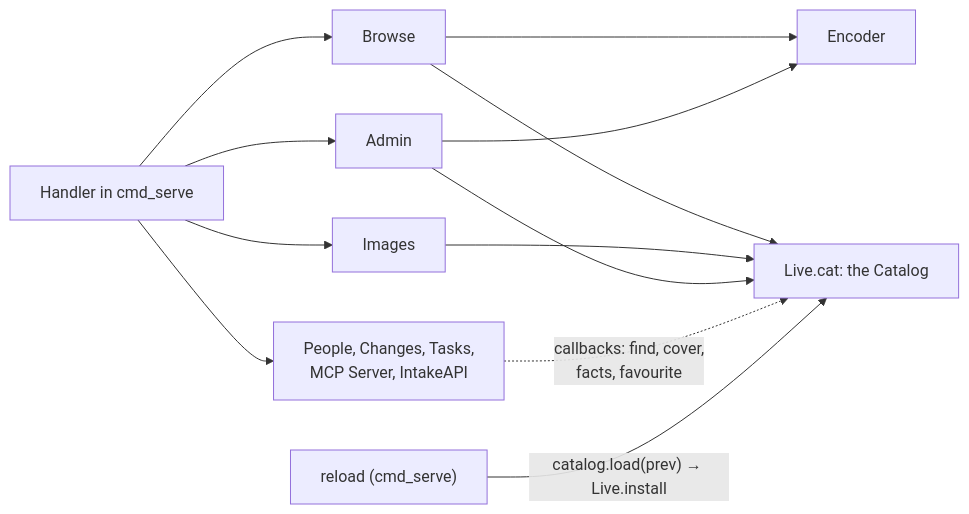
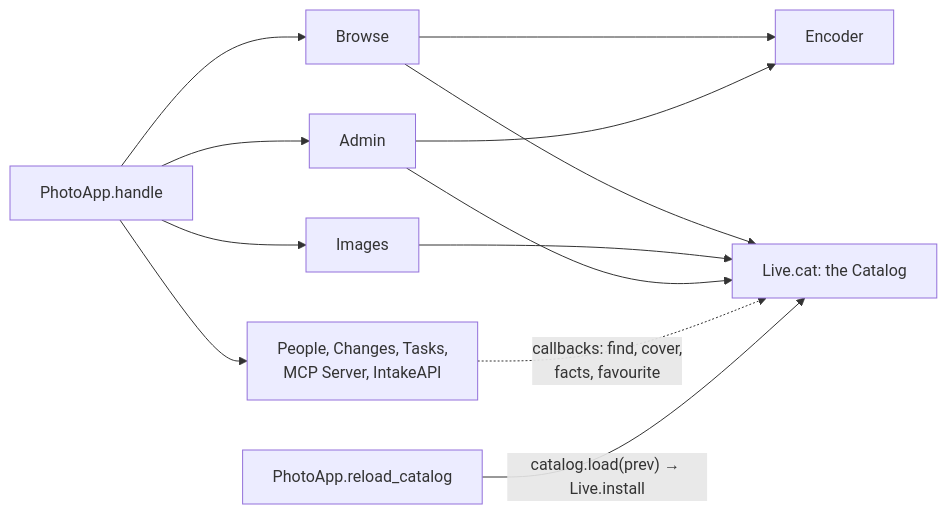
The first of 6 diagrams in docs/book/11-server.md (jflam/photo-estate), drawn with Mermaid before and after one commit. The commit also changed other lines of this file and 20 other files, not shown here.

First line of the commit message:
Server: PhotoApp, http_util, write auth on People, 400/413 for bad requests (#88)

````diff
--- a/docs/book/11-server.md
+++ b/docs/book/11-server.md
@@ -49,12 +96,12 @@
 ```mermaid
 flowchart LR
-    H["Handler in cmd_serve"] --> BR["Browse"]
+    H["PhotoApp.handle"] --> BR["Browse"]
     H --> IM["Images"]
     H --> AD["Admin"]
     H --> OTH["People, Changes, Tasks,<br/>MCP Server, IntakeAPI"]
     BR & IM & AD --> LIVE["Live.cat: the Catalog"]
     OTH -.->|"callbacks: find, cover,<br/>facts, favourite"| LIVE
     BR --> ENC["Encoder"]
     AD --> ENC
-    RL["reload (cmd_serve)"] -->|"catalog.load(prev) → Live.install"| LIVE
+    RL["PhotoApp.reload_catalog"] -->|"catalog.load(prev) → Live.install"| LIVE
 ```
````
